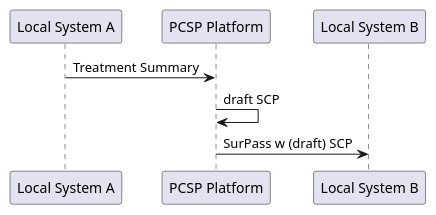
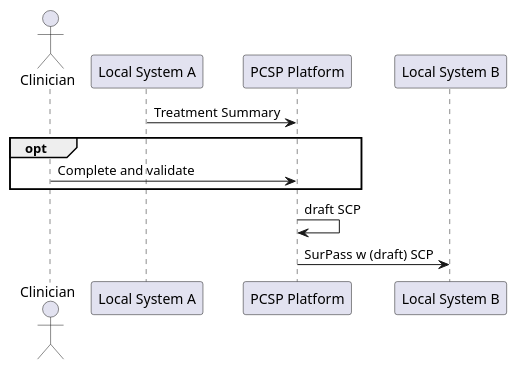
Before and after one commit to hl7-eu/pcsp: the diagram in input/images-source/sequence-1.plantuml, drawn with PlantUML. The commit also changed 22 other files, not shown here.

Commit message:
added CarePlan and revised sequences

```diff
--- a/input/images-source/sequence-1.plantuml
+++ b/input/images-source/sequence-1.plantuml
@@ -1,5 +1,9 @@
 @startuml
+actor Clinician
 "Local System A" -> "PCSP Platform" : Treatment Summary
+opt
+   "Clinician" -> "PCSP Platform" : Complete and validate
+end
 "PCSP Platform" -> "PCSP Platform" : draft SCP
 "PCSP Platform" -> "Local System B" : SurPass w (draft) SCP
 @enduml
```
